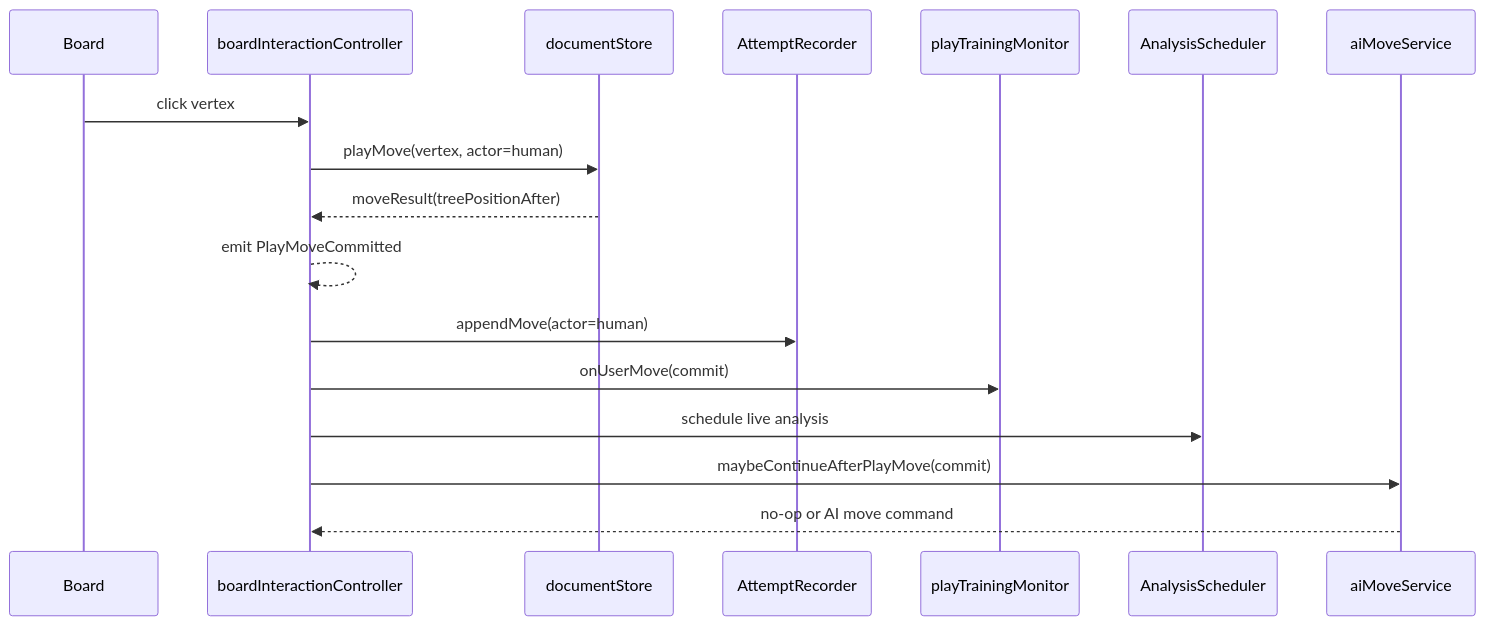
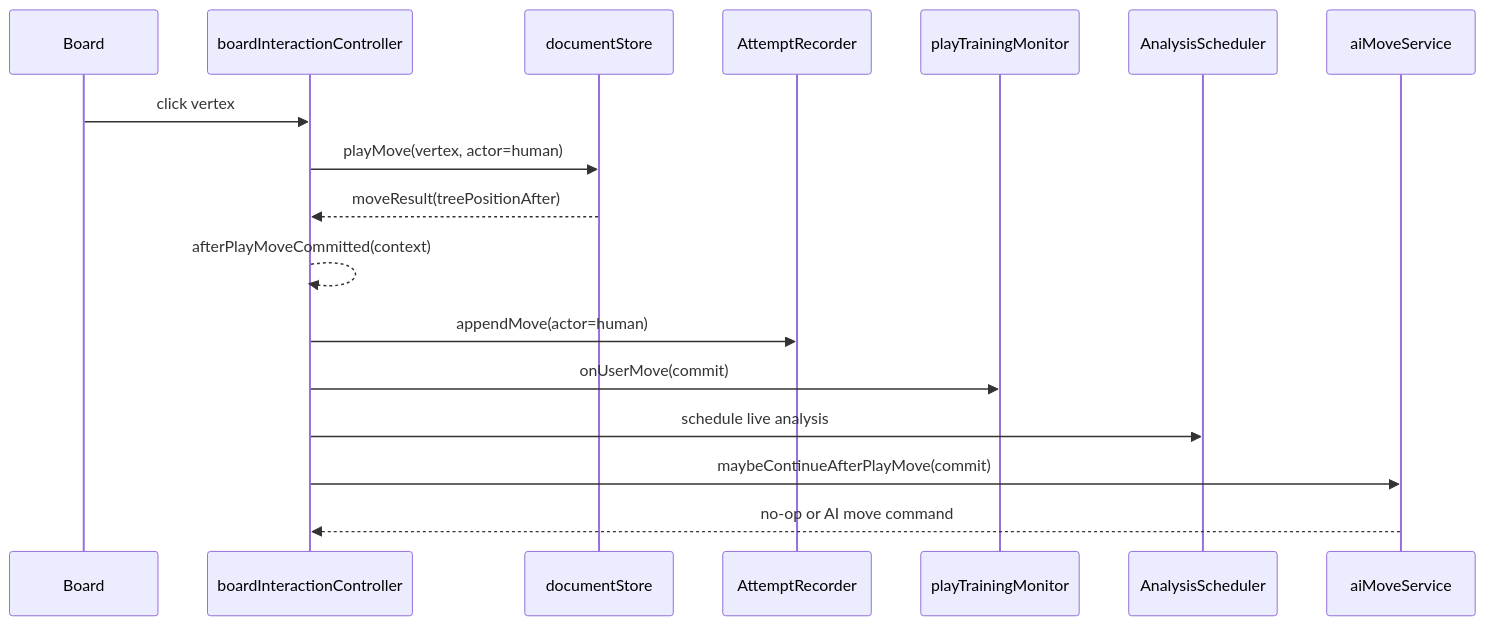
The second of 4 diagrams in docs/design/play-move-committed-architecture.md (Gaogao417/Sabaki), drawn with Mermaid before and after one commit. The commit also changed other lines of this file and 1 other file, not shown here.

Commit message:
business-contract-workflow: revise play move committed design as hook

````diff
--- a/docs/design/play-move-committed-architecture.md
+++ b/docs/design/play-move-committed-architecture.md
@@ -146,20 +149,20 @@
 ```mermaid
 sequenceDiagram
   participant UI as Board
   participant BIC as boardInteractionController
   participant DS as documentStore
   participant AR as AttemptRecorder
   participant MON as playTrainingMonitor
   participant ANA as AnalysisScheduler
   participant AI as aiMoveService
 
   UI->>BIC: click vertex
   BIC->>DS: playMove(vertex, actor=human)
   DS-->>BIC: moveResult(treePositionAfter)
-  BIC-->>BIC: emit PlayMoveCommitted
+  BIC-->>BIC: afterPlayMoveCommitted(context)
   BIC->>AR: appendMove(actor=human)
   BIC->>MON: onUserMove(commit)
   BIC->>ANA: schedule live analysis
   BIC->>AI: maybeContinueAfterPlayMove(commit)
   AI-->>BIC: no-op or AI move command
 ```
````
